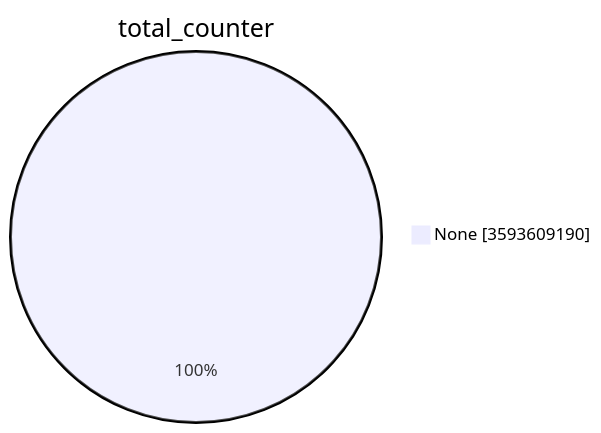
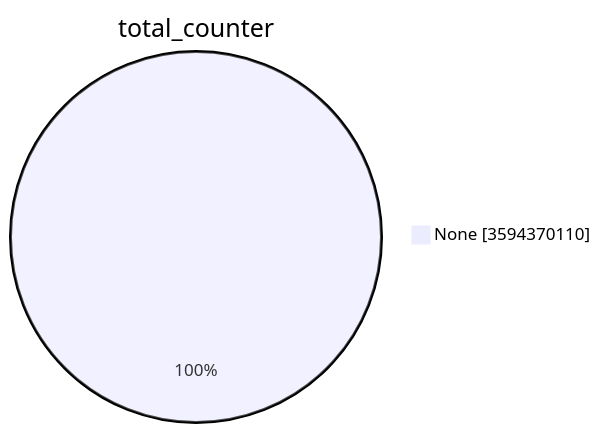
One commit to christiankrug/ctmonitor_visualization changed the first of 15 diagrams in TOTAL/README.md. Above: the diagram before and after it, drawn with Mermaid. The commit also changed other lines of this file, not shown here.

````diff
--- a/TOTAL/README.md
+++ b/TOTAL/README.md
@@ -1,5 +1,5 @@
 ```mermaid
 pie showData
 title total_counter
-"None" :3593609190
+"None" :3594370110
 ```
````
